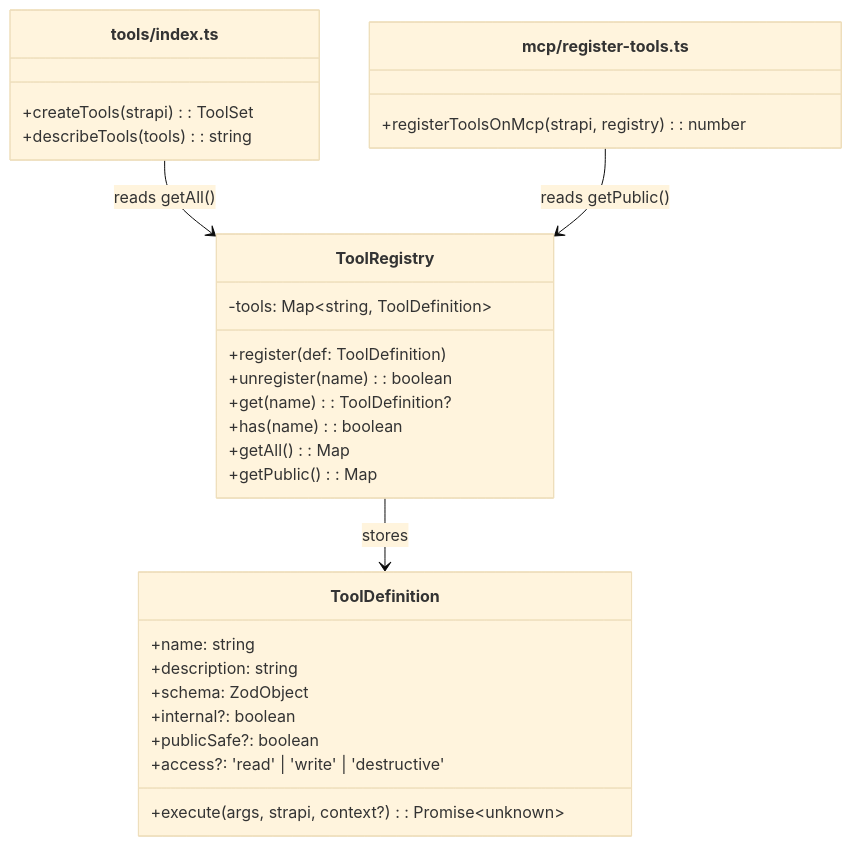
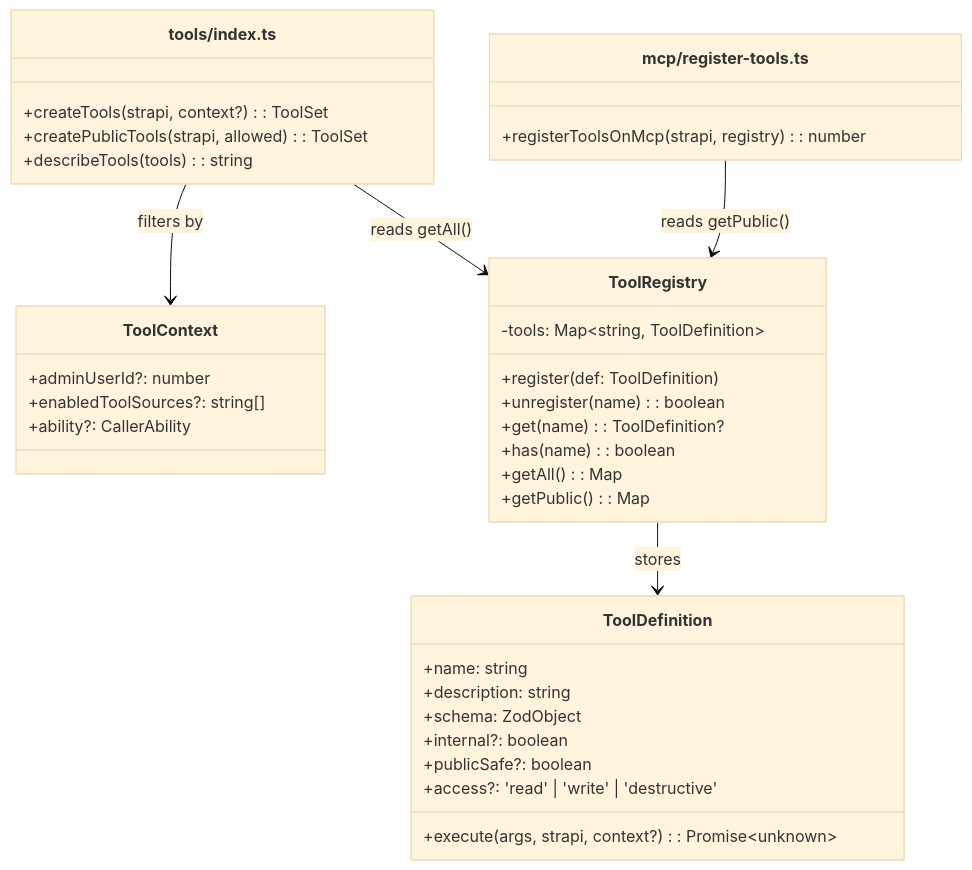
Before and after one commit to PaulBratslavsky/strapi-plugin-ai-chat: the sixth of 20 diagrams in docs/architecture.md, drawn with Mermaid (base theme). The commit also changed other lines of this file and 32 other files, not shown here.

````diff
--- a/docs/architecture.md
+++ b/docs/architecture.md
@@ -337,36 +338,45 @@
 ```mermaid
 classDiagram
     class ToolRegistry {
         -tools: Map~string, ToolDefinition~
         +register(def: ToolDefinition)
         +unregister(name): boolean
         +get(name): ToolDefinition?
         +has(name): boolean
         +getAll(): Map
         +getPublic(): Map
     }
 
     class ToolDefinition {
         +name: string
         +description: string
         +schema: ZodObject
         +execute(args, strapi, context?): Promise~unknown~
         +internal?: boolean
         +publicSafe?: boolean
         +access?: 'read' | 'write' | 'destructive'
     }
 
+    class ToolContext {
+        +adminUserId?: number
+        +enabledToolSources?: string[]
+        +ability?: CallerAbility
+    }
+
+    AISDKTools --> ToolContext : filters by
+
     ToolRegistry --> ToolDefinition : stores
 
     class AISDKTools["tools/index.ts"] {
-        +createTools(strapi): ToolSet
+        +createTools(strapi, context?): ToolSet
+        +createPublicTools(strapi, allowed): ToolSet
         +describeTools(tools): string
     }
 
     class MCPBridge["mcp/register-tools.ts"] {
         +registerToolsOnMcp(strapi, registry): number
     }
 
     AISDKTools --> ToolRegistry : reads getAll()
     MCPBridge --> ToolRegistry : reads getPublic()
 ```
````
